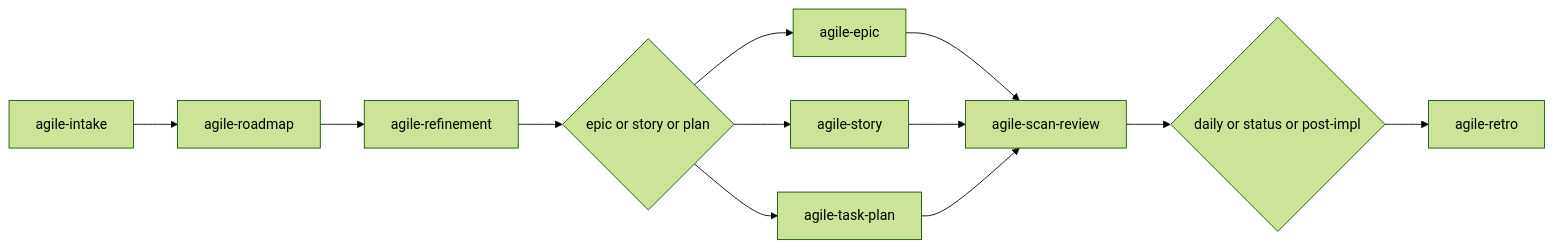
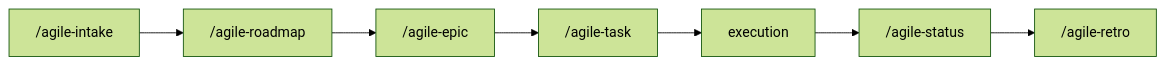
One commit to djalmajr/essential-skills changed the diagram in skills/agile-onboarding/README.md. Above: the diagram before and after it, drawn with Mermaid (forest theme). The commit also changed other lines of this file and 60 other files, not shown here.

````diff
--- a/skills/agile-onboarding/README.md
+++ b/skills/agile-onboarding/README.md
@@ -71,14 +50,9 @@
 ```mermaid
 flowchart LR
-    A[agile-intake] --> B[agile-roadmap]
-    B --> C[agile-refinement]
-    C --> D{epic or story or plan}
-    D --> E[agile-epic]
-    D --> F[agile-story]
-    D --> G[agile-task-plan]
-    E --> H[agile-scan-review]
-    F --> H
-    G --> H
-    H --> I{daily or status or post-impl}
-    I --> J[agile-retro]
+    A["/agile-intake"] --> B["/agile-roadmap"]
+    B --> C["/agile-epic"]
+    C --> D["/agile-task"]
+    D --> E[execution]
+    E --> F["/agile-status"]
+    F --> G["/agile-retro"]
 ```
````
